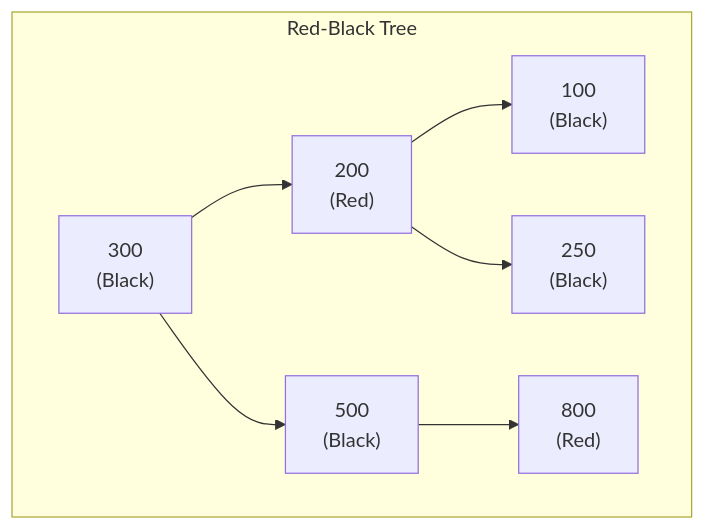
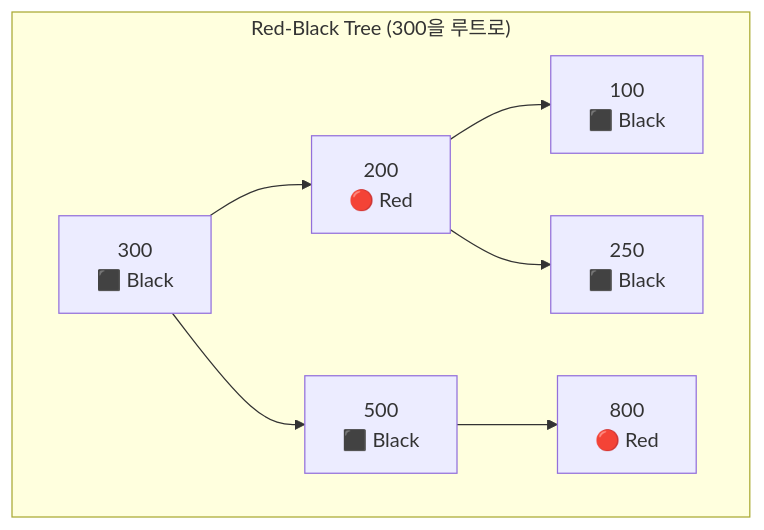
The fifth of 8 diagrams in _posts/Csharp/DataStructure/2023-07-27-CsharpDS01.md (Epheria/Epheria.github.io), drawn with Mermaid before and after one commit. The commit also changed other lines of this file and 2 other files, not shown here.

````diff
--- a/_posts/Csharp/DataStructure/2023-07-27-CsharpDS01.md
+++ b/_posts/Csharp/DataStructure/2023-07-27-CsharpDS01.md
@@ -216,17 +257,17 @@
 ```mermaid
 flowchart TB
-    subgraph RBTree["Red-Black Tree"]
-        N300["300<br/>(Black)"]
-        N200["200<br/>(Red)"]
-        N500["500<br/>(Black)"]
-        N100["100<br/>(Black)"]
-        N250["250<br/>(Black)"]
-        N800["800<br/>(Red)"]
+    subgraph RBTree["Red-Black Tree (300을 루트로)"]
+        N300["300<br/>⬛ Black"]
+        N200["200<br/>🔴 Red"]
+        N500["500<br/>⬛ Black"]
+        N100["100<br/>⬛ Black"]
+        N250["250<br/>⬛ Black"]
+        N800["800<br/>🔴 Red"]
 
         N300 --> N200
         N300 --> N500
         N200 --> N100
         N200 --> N250
         N500 --> N800
     end
 ```
````
